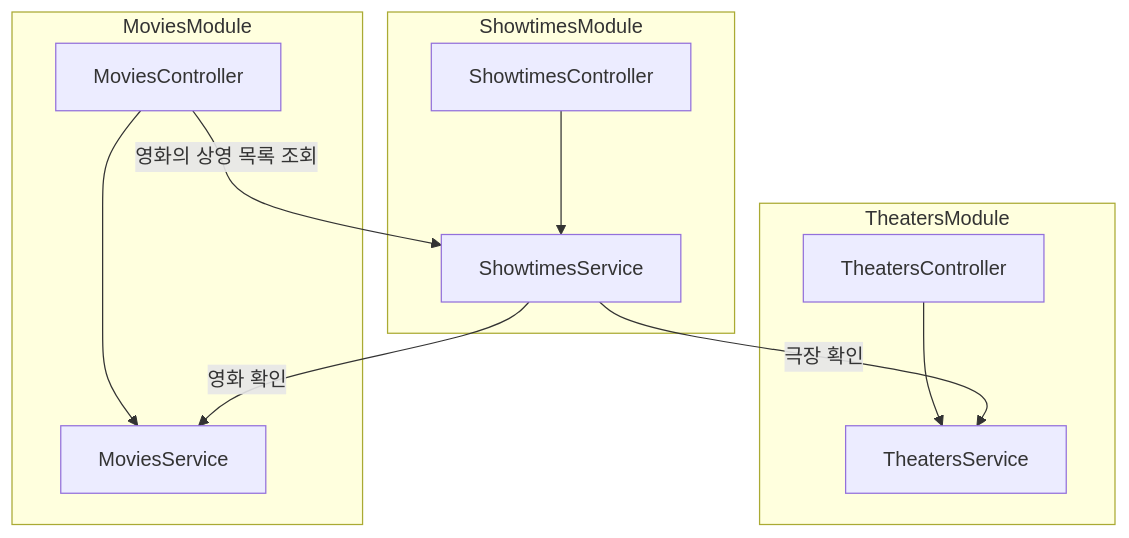
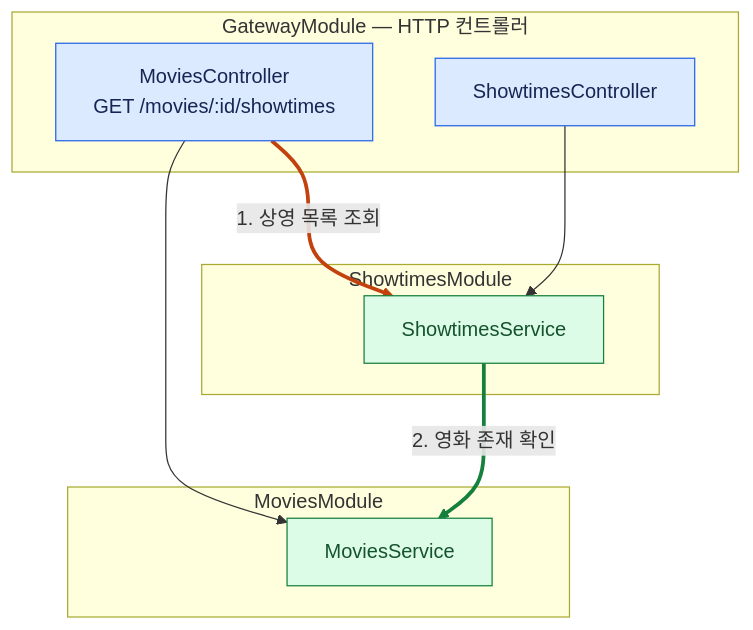
The third of 4 diagrams in README.ko.md (mannercode/nestjs-sola-example), drawn with Mermaid before and after one commit. The commit also changed other lines of this file and 1 other file, not shown here.

Commit message:
docs: illustrate how controller placement creates module cycles

````diff
--- a/README.ko.md
+++ b/README.ko.md
@@ -22,21 +74,23 @@
 ```mermaid
 flowchart TB
-    subgraph MoviesModule[MoviesModule]
-        MoviesController[MoviesController]
-        MoviesService[MoviesService]
+    subgraph GatewayModule["GatewayModule — HTTP 컨트롤러"]
+        MoviesController["MoviesController<br/>GET /movies/:id/showtimes"]
+        ShowtimesController["ShowtimesController"]
     end
-    subgraph TheatersModule[TheatersModule]
-        TheatersController[TheatersController]
-        TheatersService[TheatersService]
+    subgraph ShowtimesModule["ShowtimesModule"]
+        ShowtimesService["ShowtimesService"]
     end
-    subgraph ShowtimesModule[ShowtimesModule]
-        ShowtimesController[ShowtimesController]
-        ShowtimesService[ShowtimesService]
+    subgraph MoviesModule["MoviesModule"]
+        MoviesService["MoviesService"]
     end
     MoviesController --> MoviesService
-    MoviesController -->|"영화의 상영 목록 조회"| ShowtimesService
-    TheatersController --> TheatersService
     ShowtimesController --> ShowtimesService
-    ShowtimesService -->|"영화 확인"| MoviesService
-    ShowtimesService -->|"극장 확인"| TheatersService
+    MoviesController -->|"1. 상영 목록 조회"| ShowtimesService
+    ShowtimesService -->|"2. 영화 존재 확인"| MoviesService
+    classDef controller fill:#dbeafe,stroke:#2563eb,color:#172554
+    classDef service fill:#dcfce7,stroke:#15803d,color:#14532d
+    class MoviesController,ShowtimesController controller
+    class MoviesService,ShowtimesService service
+    linkStyle 2 stroke:#c2410c,stroke-width:3px
+    linkStyle 3 stroke:#15803d,stroke-width:3px
 ```
````
